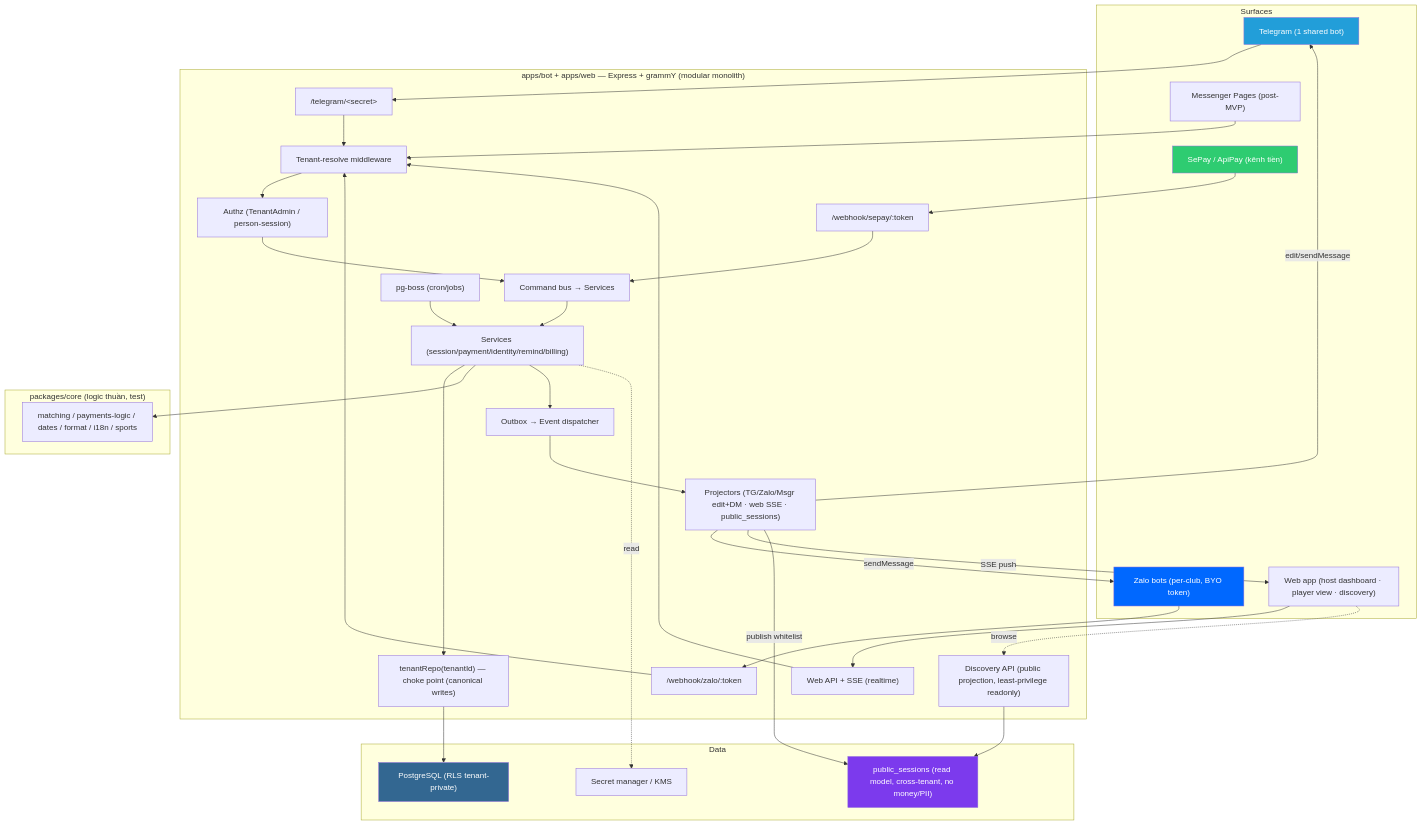
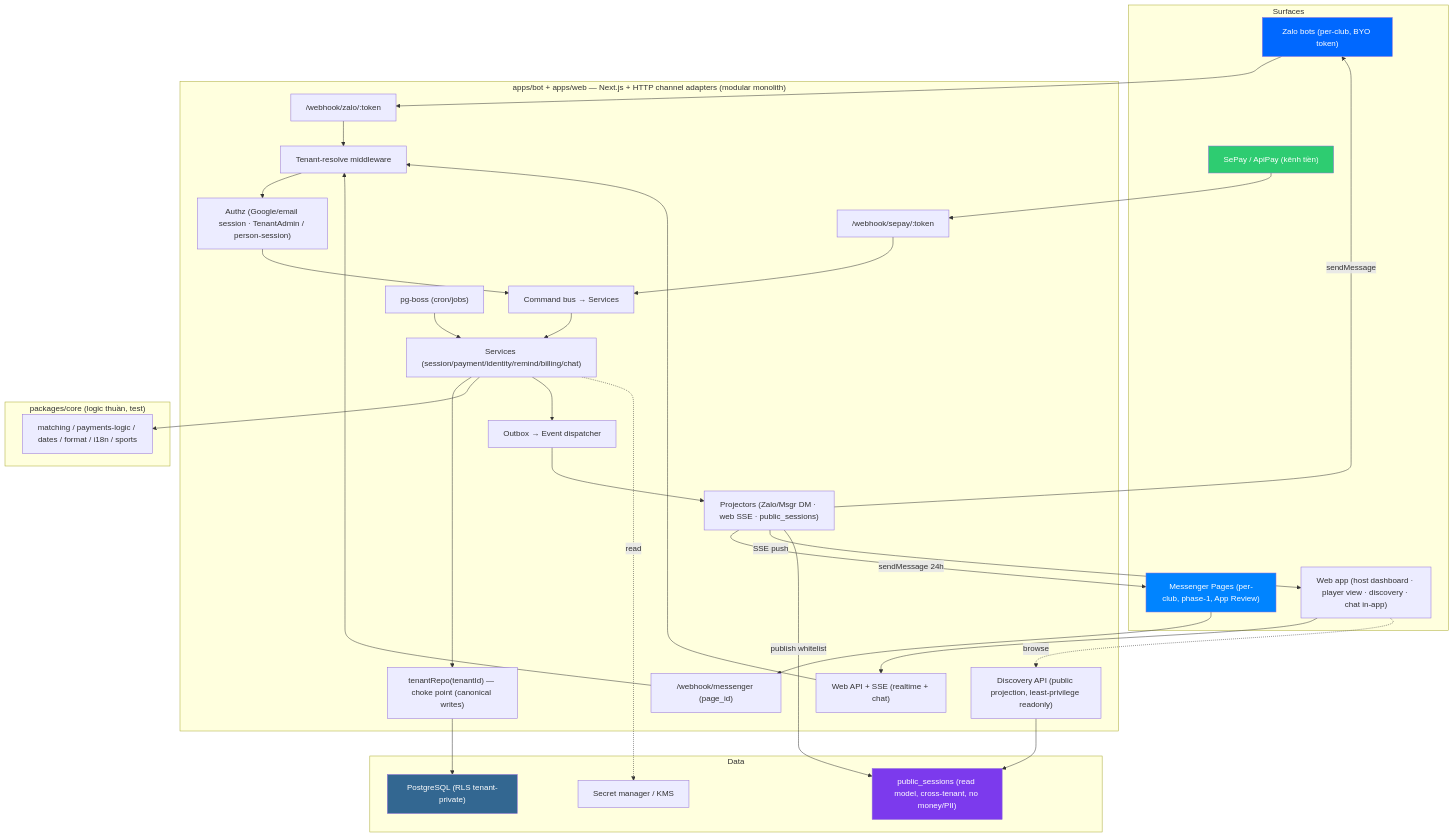
The first of 3 diagrams in docs/product/TDD.md (maingocanh1702/plexco-app), drawn with Mermaid before and after one commit. The commit also changed other lines of this file and 98 other files, not shown here.

````diff
--- a/docs/product/TDD.md
+++ b/docs/product/TDD.md
@@ -95,58 +99,56 @@
 ```mermaid
 graph TB
     subgraph Surfaces
-        TG["Telegram (1 shared bot)"]
         ZALO["Zalo bots (per-club, BYO token)"]
-        MSGR["Messenger Pages (post-MVP)"]
-        WEBUI["Web app (host dashboard · player view · discovery)"]
+        MSGR["Messenger Pages (per-club, phase-1, App Review)"]
+        WEBUI["Web app (host dashboard · player view · discovery · chat in-app)"]
         SEPAY["SePay / ApiPay (kênh tiền)"]
     end
 
-    subgraph Backend ["apps/bot + apps/web — Express + grammY (modular monolith)"]
-        TGWH["/telegram/&lt;secret&gt;"]
+    subgraph Backend ["apps/bot + apps/web — Next.js + HTTP channel adapters (modular monolith)"]
         ZWH["/webhook/zalo/:token"]
+        MWH["/webhook/messenger (page_id)"]
         PWH["/webhook/sepay/:token"]
-        WAPI["Web API + SSE (realtime)"]
+        WAPI["Web API + SSE (realtime + chat)"]
         DISC["Discovery API (public projection, least-privilege readonly)"]
         MW["Tenant-resolve middleware"]
-        AUTHZ["Authz (TenantAdmin / person-session)"]
+        AUTHZ["Authz (Google/email session · TenantAdmin / person-session)"]
         CMD["Command bus → Services"]
-        SERV["Services (session/payment/identity/remind/billing)"]
+        SERV["Services (session/payment/identity/remind/billing/chat)"]
         REPO["tenantRepo(tenantId) — choke point (canonical writes)"]
         OUTBOX["Outbox → Event dispatcher"]
-        PROJ["Projectors (TG/Zalo/Msgr edit+DM · web SSE · public_sessions)"]
+        PROJ["Projectors (Zalo/Msgr DM · web SSE · public_sessions)"]
         QUEUE["pg-boss (cron/jobs)"]
     end
 
     subgraph Core ["packages/core (logic thuần, test)"]
         MATCH["matching / payments-logic / dates / format / i18n / sports"]
     end
 
     subgraph Data
         PG["PostgreSQL (RLS tenant-private)"]
         PUB["public_sessions (read model, cross-tenant, no money/PII)"]
         KMS["Secret manager / KMS"]
     end
 
-    TG --> TGWH --> MW
     ZALO --> ZWH --> MW
-    MSGR --> MW
+    MSGR --> MWH --> MW
     SEPAY --> PWH --> CMD
     WEBUI --> WAPI --> MW
     WEBUI -. browse .-> DISC --> PUB
     MW --> AUTHZ --> CMD --> SERV --> REPO --> PG
     SERV --> MATCH
     SERV --> OUTBOX --> PROJ
-    PROJ -->|edit/sendMessage| TG
     PROJ -->|sendMessage| ZALO
+    PROJ -->|sendMessage 24h| MSGR
     PROJ -->|SSE push| WEBUI
     PROJ -->|publish whitelist| PUB
     QUEUE --> SERV
     SERV -. read .-> KMS
 
     style PG fill:#336791,color:#fff
     style PUB fill:#7c3aed,color:#fff
-    style TG fill:#229ED9,color:#fff
+    style MSGR fill:#0084FF,color:#fff
     style ZALO fill:#0068FF,color:#fff
     style SEPAY fill:#2ECC71,color:#fff
 ```
````
